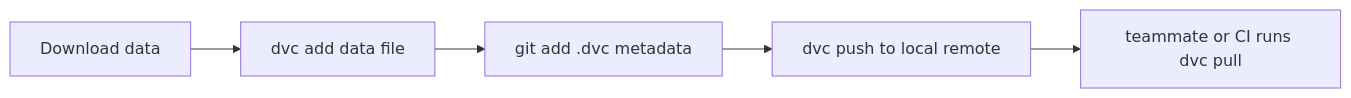
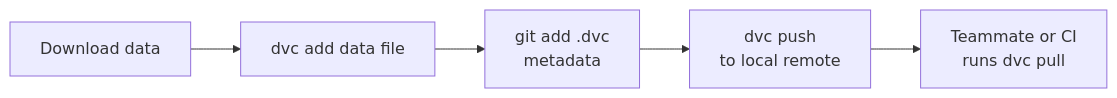
Before and after one commit to bootcampyoussef/mle-github-actions-and-cicd: the diagram in 02-intro-to-dvc.md, drawn with Mermaid. The commit also changed other lines of this file and 8 other files, not shown here.

````diff
--- a/02-intro-to-dvc.md
+++ b/02-intro-to-dvc.md
@@ -20,7 +20,7 @@
 ```mermaid
 flowchart LR
     A["Download data"] --> B["dvc add data file"]
-    B --> C["git add .dvc metadata"]
-    C --> D["dvc push to local remote"]
-    D --> E["teammate or CI runs dvc pull"]
+    B --> C["git add .dvc<br>metadata"]
+    C --> D["dvc push<br>to local remote"]
+    D --> E["Teammate or CI<br>runs dvc pull"]
 ```
````
